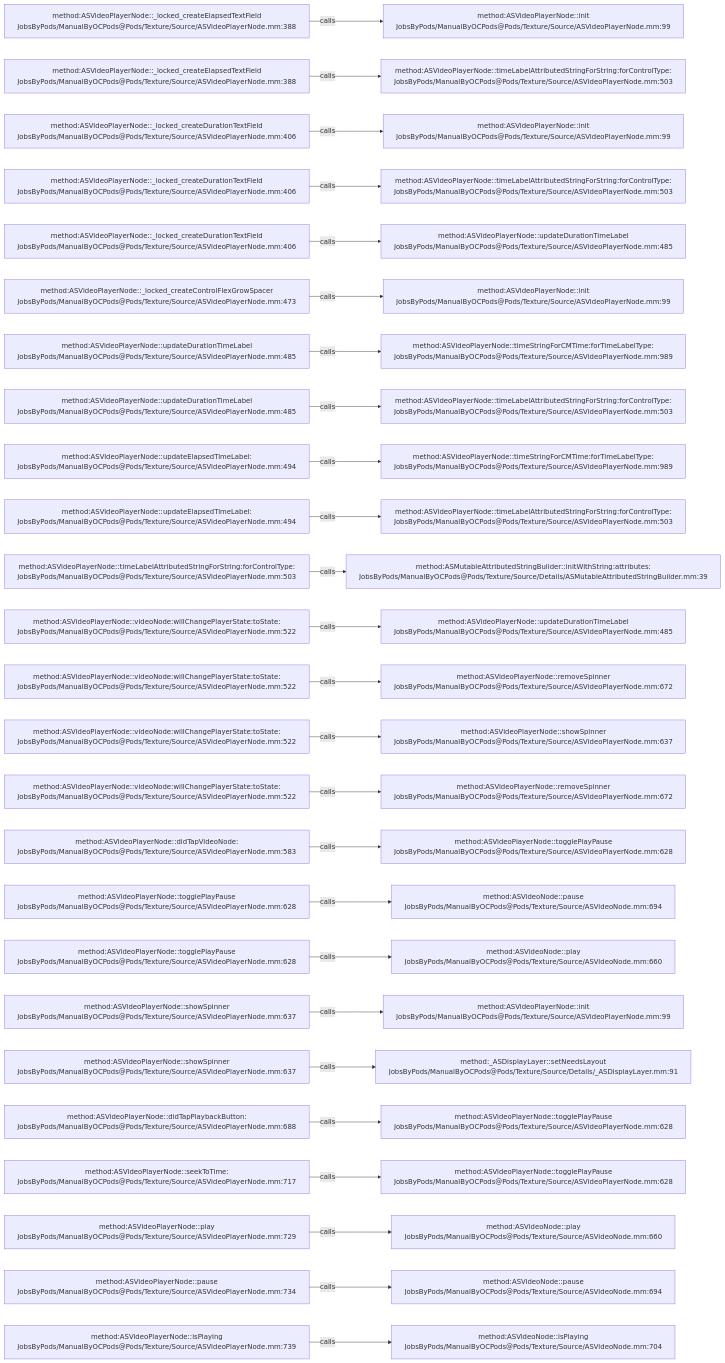
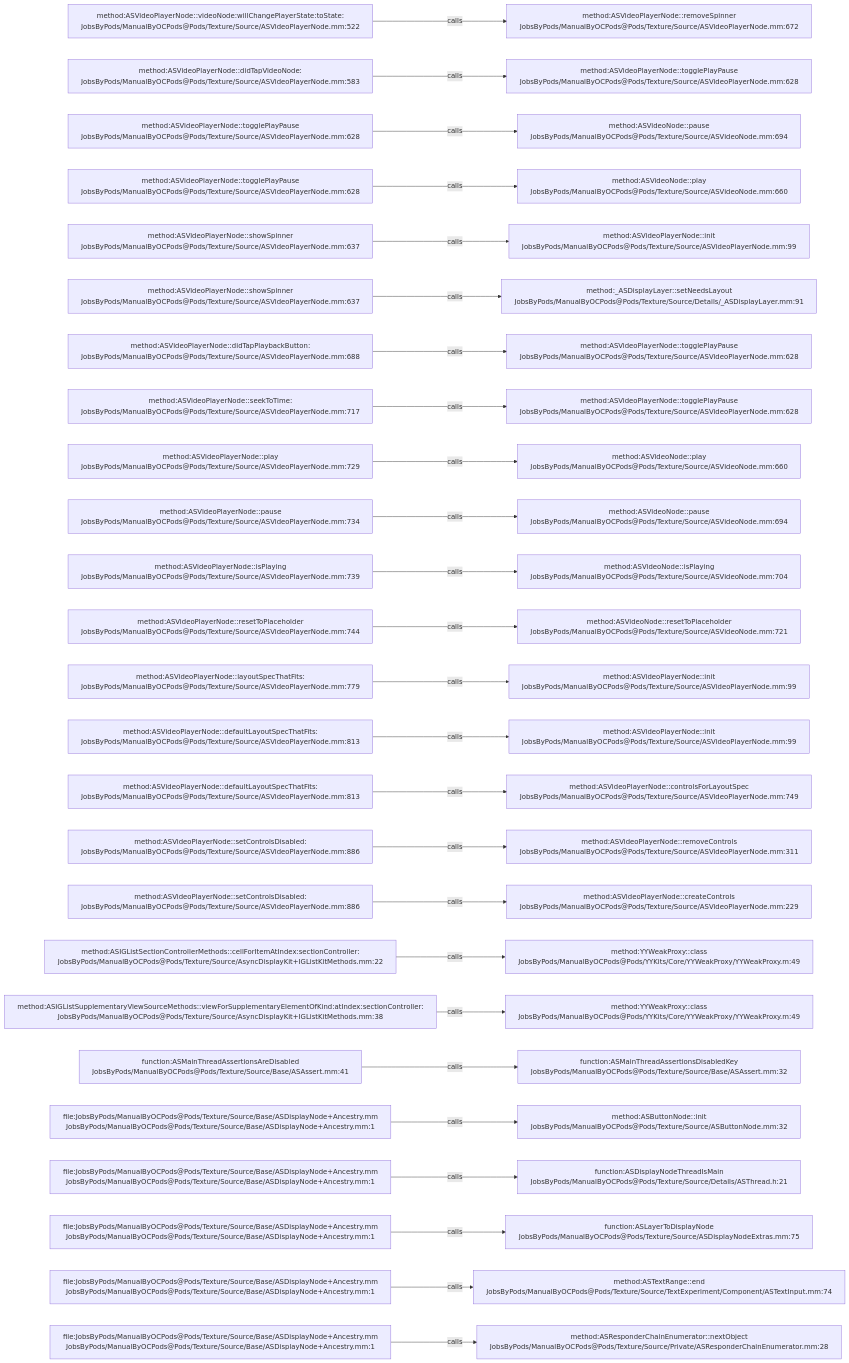
Before and after one commit to JobsKits/JobsOCBaseConfigDemo: the diagram in .codegraph/codegraph.md/graphs/calls-148.md, drawn with Mermaid. The commit also changed 296 other files, not shown here.

````diff
--- a/.codegraph/codegraph.md/graphs/calls-148.md
+++ b/.codegraph/codegraph.md/graphs/calls-148.md
@@ -13,78 +13,78 @@
 ```mermaid
 flowchart LR
-  S1["method:ASVideoPlayerNode::_locked_createElapsedTextField<br/>JobsByPods/ManualByOCPods@Pods/Texture/Source/ASVideoPlayerNode.mm:388"]
-  T1["method:ASVideoPlayerNode::init<br/>JobsByPods/ManualByOCPods@Pods/Texture/Source/ASVideoPlayerNode.mm:99"]
+  S1["method:ASVideoPlayerNode::videoNode:willChangePlayerState:toState:<br/>JobsByPods/ManualByOCPods@Pods/Texture/Source/ASVideoPlayerNode.mm:522"]
+  T1["method:ASVideoPlayerNode::removeSpinner<br/>JobsByPods/ManualByOCPods@Pods/Texture/Source/ASVideoPlayerNode.mm:672"]
   S1 -->|calls| T1
-  S2["method:ASVideoPlayerNode::_locked_createElapsedTextField<br/>JobsByPods/ManualByOCPods@Pods/Texture/Source/ASVideoPlayerNode.mm:388"]
-  T2["method:ASVideoPlayerNode::timeLabelAttributedStringForString:forControlType:<br/>JobsByPods/ManualByOCPods@Pods/Texture/Source/ASVideoPlayerNode.mm:503"]
+  S2["method:ASVideoPlayerNode::didTapVideoNode:<br/>JobsByPods/ManualByOCPods@Pods/Texture/Source/ASVideoPlayerNode.mm:583"]
+  T2["method:ASVideoPlayerNode::togglePlayPause<br/>JobsByPods/ManualByOCPods@Pods/Texture/Source/ASVideoPlayerNode.mm:628"]
   S2 -->|calls| T2
-  S3["method:ASVideoPlayerNode::_locked_createDurationTextField<br/>JobsByPods/ManualByOCPods@Pods/Texture/Source/ASVideoPlayerNode.mm:406"]
-  T3["method:ASVideoPlayerNode::init<br/>JobsByPods/ManualByOCPods@Pods/Texture/Source/ASVideoPlayerNode.mm:99"]
+  S3["method:ASVideoPlayerNode::togglePlayPause<br/>JobsByPods/ManualByOCPods@Pods/Texture/Source/ASVideoPlayerNode.mm:628"]
+  T3["method:ASVideoNode::pause<br/>JobsByPods/ManualByOCPods@Pods/Texture/Source/ASVideoNode.mm:694"]
   S3 -->|calls| T3
-  S4["method:ASVideoPlayerNode::_locked_createDurationTextField<br/>JobsByPods/ManualByOCPods@Pods/Texture/Source/ASVideoPlayerNode.mm:406"]
-  T4["method:ASVideoPlayerNode::timeLabelAttributedStringForString:forControlType:<br/>JobsByPods/ManualByOCPods@Pods/Texture/Source/ASVideoPlayerNode.mm:503"]
+  S4["method:ASVideoPlayerNode::togglePlayPause<br/>JobsByPods/ManualByOCPods@Pods/Texture/Source/ASVideoPlayerNode.mm:628"]
+  T4["method:ASVideoNode::play<br/>JobsByPods/ManualByOCPods@Pods/Texture/Source/ASVideoNode.mm:660"]
   S4 -->|calls| T4
-  S5["method:ASVideoPlayerNode::_locked_createDurationTextField<br/>JobsByPods/ManualByOCPods@Pods/Texture/Source/ASVideoPlayerNode.mm:406"]
-  T5["method:ASVideoPlayerNode::updateDurationTimeLabel<br/>JobsByPods/ManualByOCPods@Pods/Texture/Source/ASVideoPlayerNode.mm:485"]
+  S5["method:ASVideoPlayerNode::showSpinner<br/>JobsByPods/ManualByOCPods@Pods/Texture/Source/ASVideoPlayerNode.mm:637"]
+  T5["method:ASVideoPlayerNode::init<br/>JobsByPods/ManualByOCPods@Pods/Texture/Source/ASVideoPlayerNode.mm:99"]
   S5 -->|calls| T5
-  S6["method:ASVideoPlayerNode::_locked_createControlFlexGrowSpacer<br/>JobsByPods/ManualByOCPods@Pods/Texture/Source/ASVideoPlayerNode.mm:473"]
-  T6["method:ASVideoPlayerNode::init<br/>JobsByPods/ManualByOCPods@Pods/Texture/Source/ASVideoPlayerNode.mm:99"]
+  S6["method:ASVideoPlayerNode::showSpinner<br/>JobsByPods/ManualByOCPods@Pods/Texture/Source/ASVideoPlayerNode.mm:637"]
+  T6["method:_ASDisplayLayer::setNeedsLayout<br/>JobsByPods/ManualByOCPods@Pods/Texture/Source/Details/_ASDisplayLayer.mm:91"]
   S6 -->|calls| T6
-  S7["method:ASVideoPlayerNode::updateDurationTimeLabel<br/>JobsByPods/ManualByOCPods@Pods/Texture/Source/ASVideoPlayerNode.mm:485"]
-  T7["method:ASVideoPlayerNode::timeStringForCMTime:forTimeLabelType:<br/>JobsByPods/ManualByOCPods@Pods/Texture/Source/ASVideoPlayerNode.mm:989"]
+  S7["method:ASVideoPlayerNode::didTapPlaybackButton:<br/>JobsByPods/ManualByOCPods@Pods/Texture/Source/ASVideoPlayerNode.mm:688"]
+  T7["method:ASVideoPlayerNode::togglePlayPause<br/>JobsByPods/ManualByOCPods@Pods/Texture/Source/ASVideoPlayerNode.mm:628"]
   S7 -->|calls| T7
-  S8["method:ASVideoPlayerNode::updateDurationTimeLabel<br/>JobsByPods/ManualByOCPods@Pods/Texture/Source/ASVideoPlayerNode.mm:485"]
-  T8["method:ASVideoPlayerNode::timeLabelAttributedStringForString:forControlType:<br/>JobsByPods/ManualByOCPods@Pods/Texture/Source/ASVideoPlayerNode.mm:503"]
+  S8["method:ASVideoPlayerNode::seekToTime:<br/>JobsByPods/ManualByOCPods@Pods/Texture/Source/ASVideoPlayerNode.mm:717"]
+  T8["method:ASVideoPlayerNode::togglePlayPause<br/>JobsByPods/ManualByOCPods@Pods/Texture/Source/ASVideoPlayerNode.mm:628"]
   S8 -->|calls| T8
-  S9["method:ASVideoPlayerNode::updateElapsedTimeLabel:<br/>JobsByPods/ManualByOCPods@Pods/Texture/Source/ASVideoPlayerNode.mm:494"]
-  T9["method:ASVideoPlayerNode::timeStringForCMTime:forTimeLabelType:<br/>JobsByPods/ManualByOCPods@Pods/Texture/Source/ASVideoPlayerNode.mm:989"]
+  S9["method:ASVideoPlayerNode::play<br/>JobsByPods/ManualByOCPods@Pods/Texture/Source/ASVideoPlayerNode.mm:729"]
+  T9["method:ASVideoNode::play<br/>JobsByPods/ManualByOCPods@Pods/Texture/Source/ASVideoNode.mm:660"]
   S9 -->|calls| T9
-  S10["method:ASVideoPlayerNode::updateElapsedTimeLabel:<br/>JobsByPods/ManualByOCPods@Pods/Texture/Source/ASVideoPlayerNode.mm:494"]
-  T10["method:ASVideoPlayerNode::timeLabelAttributedStringForString:forControlType:<br/>JobsByPods/ManualByOCPods@Pods/Texture/Source/ASVideoPlayerNode.mm:503"]
+  S10["method:ASVideoPlayerNode::pause<br/>JobsByPods/ManualByOCPods@Pods/Texture/Source/ASVideoPlayerNode.mm:734"]
+  T10["method:ASVideoNode::pause<br/>JobsByPods/ManualByOCPods@Pods/Texture/Source/ASVideoNode.mm:694"]
   S10 -->|calls| T10
-  S11["method:ASVideoPlayerNode::timeLabelAttributedStringForString:forControlType:<br/>JobsByPods/ManualByOCPods@Pods/Texture/Source/ASVideoPlayerNode.mm:503"]
-  T11["method:ASMutableAttributedStringBuilder::initWithString:attributes:<br/>JobsByPods/ManualByOCPods@Pods/Texture/Source/Details/ASMutableAttributedStringBuilder.mm:39"]
+  S11["method:ASVideoPlayerNode::isPlaying<br/>JobsByPods/ManualByOCPods@Pods/Texture/Source/ASVideoPlayerNode.mm:739"]
+  T11["method:ASVideoNode::isPlaying<br/>JobsByPods/ManualByOCPods@Pods/Texture/Source/ASVideoNode.mm:704"]
   S11 -->|calls| T11
-  S12["method:ASVideoPlayerNode::videoNode:willChangePlayerState:toState:<br/>JobsByPods/ManualByOCPods@Pods/Texture/Source/ASVideoPlayerNode.mm:522"]
-  T12["method:ASVideoPlayerNode::updateDurationTimeLabel<br/>JobsByPods/ManualByOCPods@Pods/Texture/Source/ASVideoPlayerNode.mm:485"]
+  S12["method:ASVideoPlayerNode::resetToPlaceholder<br/>JobsByPods/ManualByOCPods@Pods/Texture/Source/ASVideoPlayerNode.mm:744"]
+  T12["method:ASVideoNode::resetToPlaceholder<br/>JobsByPods/ManualByOCPods@Pods/Texture/Source/ASVideoNode.mm:721"]
   S12 -->|calls| T12
-  S13["method:ASVideoPlayerNode::videoNode:willChangePlayerState:toState:<br/>JobsByPods/ManualByOCPods@Pods/Texture/Source/ASVideoPlayerNode.mm:522"]
-  T13["method:ASVideoPlayerNode::removeSpinner<br/>JobsByPods/ManualByOCPods@Pods/Texture/Source/ASVideoPlayerNode.mm:672"]
+  S13["method:ASVideoPlayerNode::layoutSpecThatFits:<br/>JobsByPods/ManualByOCPods@Pods/Texture/Source/ASVideoPlayerNode.mm:779"]
+  T13["method:ASVideoPlayerNode::init<br/>JobsByPods/ManualByOCPods@Pods/Texture/Source/ASVideoPlayerNode.mm:99"]
   S13 -->|calls| T13
-  S14["method:ASVideoPlayerNode::videoNode:willChangePlayerState:toState:<br/>JobsByPods/ManualByOCPods@Pods/Texture/Source/ASVideoPlayerNode.mm:522"]
-  T14["method:ASVideoPlayerNode::showSpinner<br/>JobsByPods/ManualByOCPods@Pods/Texture/Source/ASVideoPlayerNode.mm:637"]
+  S14["method:ASVideoPlayerNode::defaultLayoutSpecThatFits:<br/>JobsByPods/ManualByOCPods@Pods/Texture/Source/ASVideoPlayerNode.mm:813"]
+  T14["method:ASVideoPlayerNode::init<br/>JobsByPods/ManualByOCPods@Pods/Texture/Source/ASVideoPlayerNode.mm:99"]
   S14 -->|calls| T14
-  S15["method:ASVideoPlayerNode::videoNode:willChangePlayerState:toState:<br/>JobsByPods/ManualByOCPods@Pods/Texture/Source/ASVideoPlayerNode.mm:522"]
-  T15["method:ASVideoPlayerNode::removeSpinner<br/>JobsByPods/ManualByOCPods@Pods/Texture/Source/ASVideoPlayerNode.mm:672"]
+  S15["method:ASVideoPlayerNode::defaultLayoutSpecThatFits:<br/>JobsByPods/ManualByOCPods@Pods/Texture/Source/ASVideoPlayerNode.mm:813"]
+  T15["method:ASVideoPlayerNode::controlsForLayoutSpec<br/>JobsByPods/ManualByOCPods@Pods/Texture/Source/ASVideoPlayerNode.mm:749"]
   S15 -->|calls| T15
-  S16["method:ASVideoPlayerNode::didTapVideoNode:<br/>JobsByPods/ManualByOCPods@Pods/Texture/Source/ASVideoPlayerNode.mm:583"]
-  T16["method:ASVideoPlayerNode::togglePlayPause<br/>JobsByPods/ManualByOCPods@Pods/Texture/Source/ASVideoPlayerNode.mm:628"]
+  S16["method:ASVideoPlayerNode::setControlsDisabled:<br/>JobsByPods/ManualByOCPods@Pods/Texture/Source/ASVideoPlayerNode.mm:886"]
+  T16["method:ASVideoPlayerNode::removeControls<br/>JobsByPods/ManualByOCPods@Pods/Texture/Source/ASVideoPlayerNode.mm:311"]
   S16 -->|calls| T16
-  S17["method:ASVideoPlayerNode::togglePlayPause<br/>JobsByPods/ManualByOCPods@Pods/Texture/Source/ASVideoPlayerNode.mm:628"]
-  T17["method:ASVideoNode::pause<br/>JobsByPods/ManualByOCPods@Pods/Texture/Source/ASVideoNode.mm:694"]
+  S17["method:ASVideoPlayerNode::setControlsDisabled:<br/>JobsByPods/ManualByOCPods@Pods/Texture/Source/ASVideoPlayerNode.mm:886"]
+  T17["method:ASVideoPlayerNode::createControls<br/>JobsByPods/ManualByOCPods@Pods/Texture/Source/ASVideoPlayerNode.mm:229"]
   S17 -->|calls| T17
-  S18["method:ASVideoPlayerNode::togglePlayPause<br/>JobsByPods/ManualByOCPods@Pods/Texture/Source/ASVideoPlayerNode.mm:628"]
-  T18["method:ASVideoNode::play<br/>JobsByPods/ManualByOCPods@Pods/Texture/Source/ASVideoNode.mm:660"]
+  S18["method:ASIGListSectionControllerMethods::cellForItemAtIndex:sectionController:<br/>JobsByPods/ManualByOCPods@Pods/Texture/Source/AsyncDisplayKit+IGListKitMethods.mm:22"]
+  T18["method:YYWeakProxy::class<br/>JobsByPods/ManualByOCPods@Pods/YYKits/Core/YYWeakProxy/YYWeakProxy.m:49"]
   S18 -->|calls| T18
-  S19["method:ASVideoPlayerNode::showSpinner<br/>JobsByPods/ManualByOCPods@Pods/Texture/Source/ASVideoPlayerNode.mm:637"]
-  T19["method:ASVideoPlayerNode::init<br/>JobsByPods/ManualByOCPods@Pods/Texture/Source/ASVideoPlayerNode.mm:99"]
+  S19["method:ASIGListSupplementaryViewSourceMethods::viewForSupplementaryElementOfKind:atIndex:sectionController:<br/>JobsByPods/ManualByOCPods@Pods/Texture/Source/AsyncDisplayKit+IGListKitMethods.mm:38"]
+  T19["method:YYWeakProxy::class<br/>JobsByPods/ManualByOCPods@Pods/YYKits/Core/YYWeakProxy/YYWeakProxy.m:49"]
   S19 -->|calls| T19
-  S20["method:ASVideoPlayerNode::showSpinner<br/>JobsByPods/ManualByOCPods@Pods/Texture/Source/ASVideoPlayerNode.mm:637"]
-  T20["method:_ASDisplayLayer::setNeedsLayout<br/>JobsByPods/ManualByOCPods@Pods/Texture/Source/Details/_ASDisplayLayer.mm:91"]
+  S20["function:ASMainThreadAssertionsAreDisabled<br/>JobsByPods/ManualByOCPods@Pods/Texture/Source/Base/ASAssert.mm:41"]
+  T20["function:ASMainThreadAssertionsDisabledKey<br/>JobsByPods/ManualByOCPods@Pods/Texture/Source/Base/ASAssert.mm:32"]
   S20 -->|calls| T20
-  S21["method:ASVideoPlayerNode::didTapPlaybackButton:<br/>JobsByPods/ManualByOCPods@Pods/Texture/Source/ASVideoPlayerNode.mm:688"]
-  T21["method:ASVideoPlayerNode::togglePlayPause<br/>JobsByPods/ManualByOCPods@Pods/Texture/Source/ASVideoPlayerNode.mm:628"]
+  S21["file:JobsByPods/ManualByOCPods@Pods/Texture/Source/Base/ASDisplayNode+Ancestry.mm<br/>JobsByPods/ManualByOCPods@Pods/Texture/Source/Base/ASDisplayNode+Ancestry.mm:1"]
+  T21["method:ASButtonNode::init<br/>JobsByPods/ManualByOCPods@Pods/Texture/Source/ASButtonNode.mm:32"]
   S21 -->|calls| T21
-  S22["method:ASVideoPlayerNode::seekToTime:<br/>JobsByPods/ManualByOCPods@Pods/Texture/Source/ASVideoPlayerNode.mm:717"]
-  T22["method:ASVideoPlayerNode::togglePlayPause<br/>JobsByPods/ManualByOCPods@Pods/Texture/Source/ASVideoPlayerNode.mm:628"]
+  S22["file:JobsByPods/ManualByOCPods@Pods/Texture/Source/Base/ASDisplayNode+Ancestry.mm<br/>JobsByPods/ManualByOCPods@Pods/Texture/Source/Base/ASDisplayNode+Ancestry.mm:1"]
+  T22["function:ASDisplayNodeThreadIsMain<br/>JobsByPods/ManualByOCPods@Pods/Texture/Source/Details/ASThread.h:21"]
   S22 -->|calls| T22
-  S23["method:ASVideoPlayerNode::play<br/>JobsByPods/ManualByOCPods@Pods/Texture/Source/ASVideoPlayerNode.mm:729"]
-  T23["method:ASVideoNode::play<br/>JobsByPods/ManualByOCPods@Pods/Texture/Source/ASVideoNode.mm:660"]
+  S23["file:JobsByPods/ManualByOCPods@Pods/Texture/Source/Base/ASDisplayNode+Ancestry.mm<br/>JobsByPods/ManualByOCPods@Pods/Texture/Source/Base/ASDisplayNode+Ancestry.mm:1"]
+  T23["function:ASLayerToDisplayNode<br/>JobsByPods/ManualByOCPods@Pods/Texture/Source/ASDisplayNodeExtras.mm:75"]
   S23 -->|calls| T23
-  S24["method:ASVideoPlayerNode::pause<br/>JobsByPods/ManualByOCPods@Pods/Texture/Source/ASVideoPlayerNode.mm:734"]
-  T24["method:ASVideoNode::pause<br/>JobsByPods/ManualByOCPods@Pods/Texture/Source/ASVideoNode.mm:694"]
+  S24["file:JobsByPods/ManualByOCPods@Pods/Texture/Source/Base/ASDisplayNode+Ancestry.mm<br/>JobsByPods/ManualByOCPods@Pods/Texture/Source/Base/ASDisplayNode+Ancestry.mm:1"]
+  T24["method:ASTextRange::end<br/>JobsByPods/ManualByOCPods@Pods/Texture/Source/TextExperiment/Component/ASTextInput.mm:74"]
   S24 -->|calls| T24
-  S25["method:ASVideoPlayerNode::isPlaying<br/>JobsByPods/ManualByOCPods@Pods/Texture/Source/ASVideoPlayerNode.mm:739"]
-  T25["method:ASVideoNode::isPlaying<br/>JobsByPods/ManualByOCPods@Pods/Texture/Source/ASVideoNode.mm:704"]
+  S25["file:JobsByPods/ManualByOCPods@Pods/Texture/Source/Base/ASDisplayNode+Ancestry.mm<br/>JobsByPods/ManualByOCPods@Pods/Texture/Source/Base/ASDisplayNode+Ancestry.mm:1"]
+  T25["method:ASResponderChainEnumerator::nextObject<br/>JobsByPods/ManualByOCPods@Pods/Texture/Source/Private/ASResponderChainEnumerator.mm:28"]
   S25 -->|calls| T25
 ```
````
